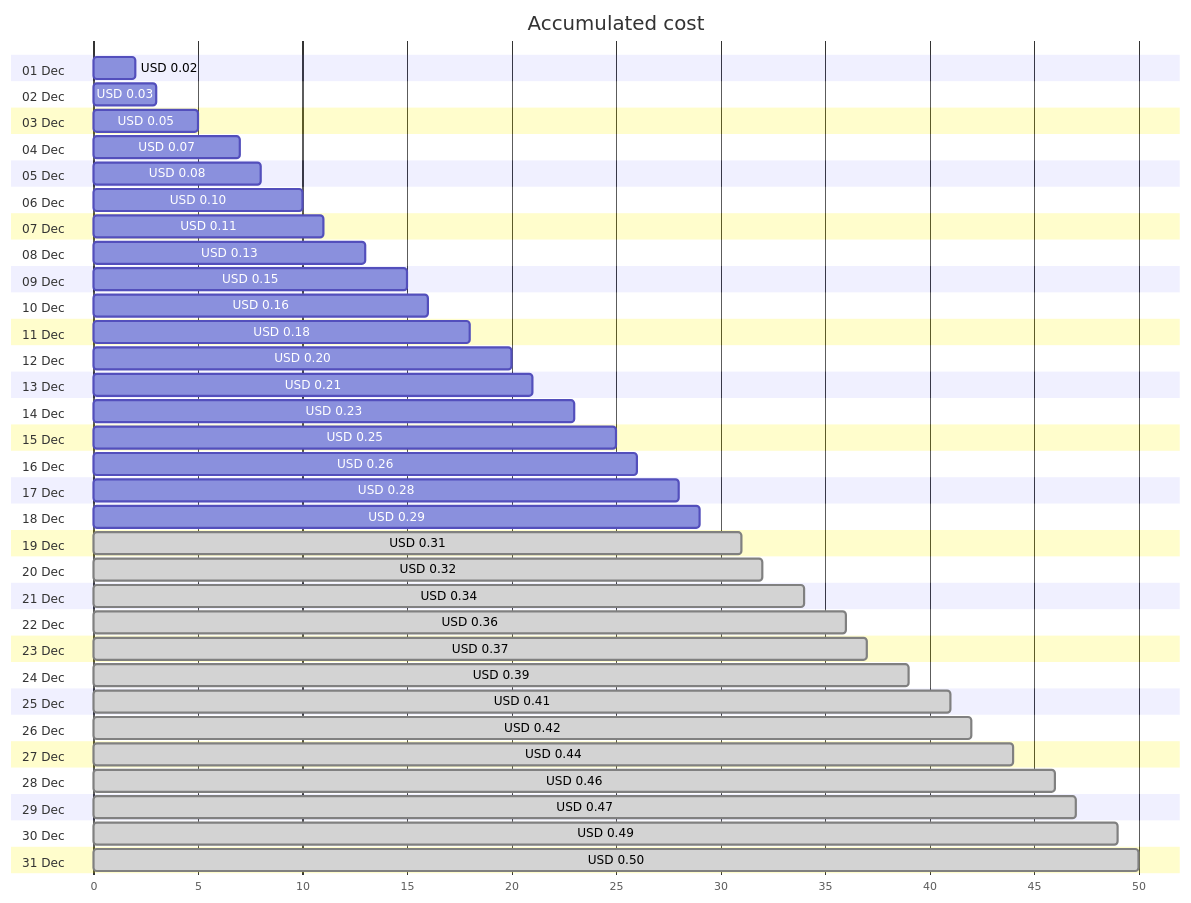
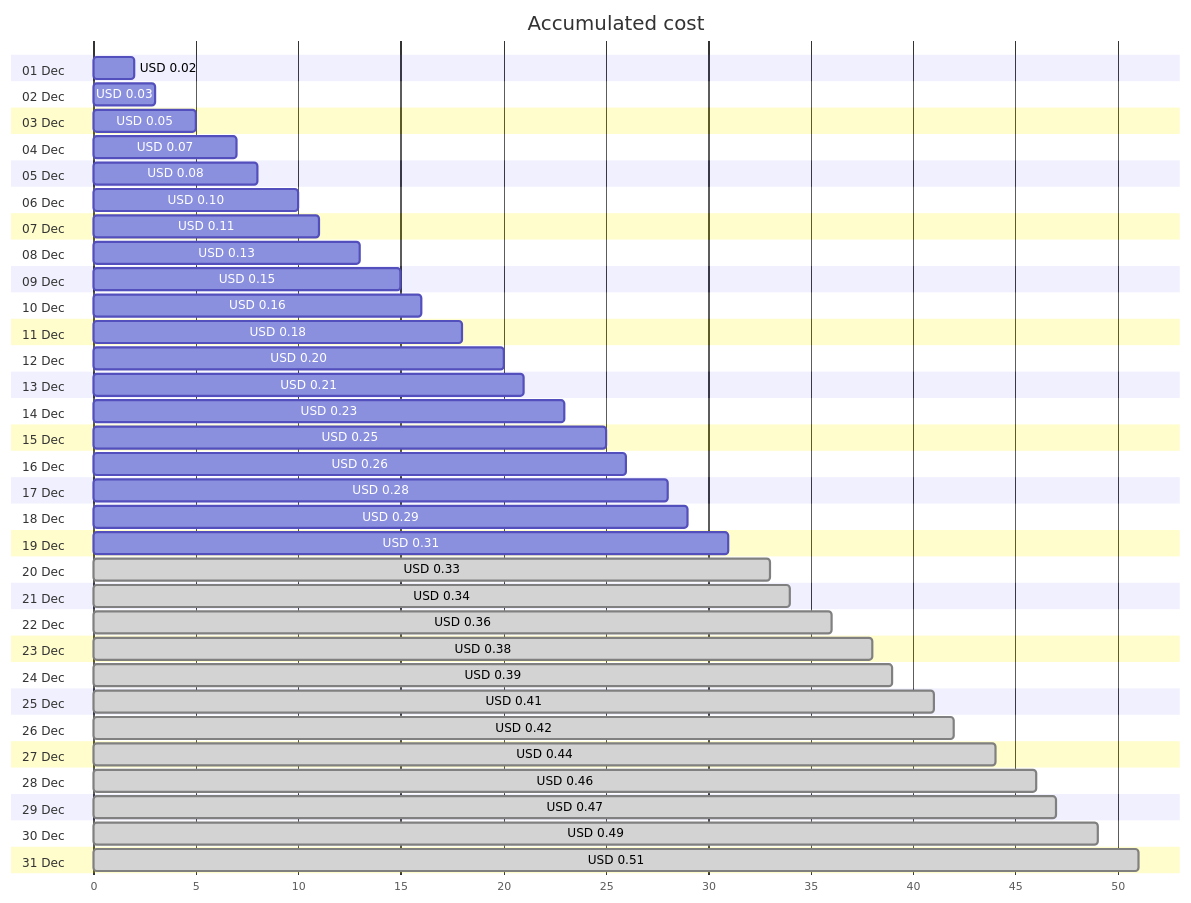
One commit to jpfulton/azure-personal-reports changed the first of 4 diagrams in cost-reports/personal-dns/jpatrickfulton.com.md. Above: the diagram before and after it, drawn with Mermaid. The commit also changed other lines of this file and 2 other files, not shown here.

````diff
--- a/cost-reports/personal-dns/jpatrickfulton.com.md
+++ b/cost-reports/personal-dns/jpatrickfulton.com.md
@@ -20,68 +20,68 @@
 ```mermaid
 gantt
    title Accumulated cost
    dateFormat  X
    axisFormat %s
    section 01 Dec
    USD 0.02 :0, 2
    section 02 Dec
    USD 0.03 :0, 3
    section 03 Dec
    USD 0.05 :0, 5
    section 04 Dec
    USD 0.07 :0, 7
    section 05 Dec
    USD 0.08 :0, 8
    section 06 Dec
    USD 0.10 :0, 10
    section 07 Dec
    USD 0.11 :0, 11
    section 08 Dec
    USD 0.13 :0, 13
    section 09 Dec
    USD 0.15 :0, 15
    section 10 Dec
    USD 0.16 :0, 16
    section 11 Dec
    USD 0.18 :0, 18
    section 12 Dec
    USD 0.20 :0, 20
    section 13 Dec
    USD 0.21 :0, 21
    section 14 Dec
    USD 0.23 :0, 23
    section 15 Dec
    USD 0.25 :0, 25
    section 16 Dec
    USD 0.26 :0, 26
    section 17 Dec
    USD 0.28 :0, 28
    section 18 Dec
    USD 0.29 :0, 29
    section 19 Dec
-   USD 0.31 : done, 0, 31
+   USD 0.31 :0, 31
    section 20 Dec
-   USD 0.32 : done, 0, 32
+   USD 0.33 : done, 0, 33
    section 21 Dec
    USD 0.34 : done, 0, 34
    section 22 Dec
    USD 0.36 : done, 0, 36
    section 23 Dec
-   USD 0.37 : done, 0, 37
+   USD 0.38 : done, 0, 38
    section 24 Dec
    USD 0.39 : done, 0, 39
    section 25 Dec
    USD 0.41 : done, 0, 41
    section 26 Dec
    USD 0.42 : done, 0, 42
    section 27 Dec
    USD 0.44 : done, 0, 44
    section 28 Dec
    USD 0.46 : done, 0, 46
    section 29 Dec
    USD 0.47 : done, 0, 47
    section 30 Dec
    USD 0.49 : done, 0, 49
    section 31 Dec
-   USD 0.50 : done, 0, 50
+   USD 0.51 : done, 0, 51
 ```
````
